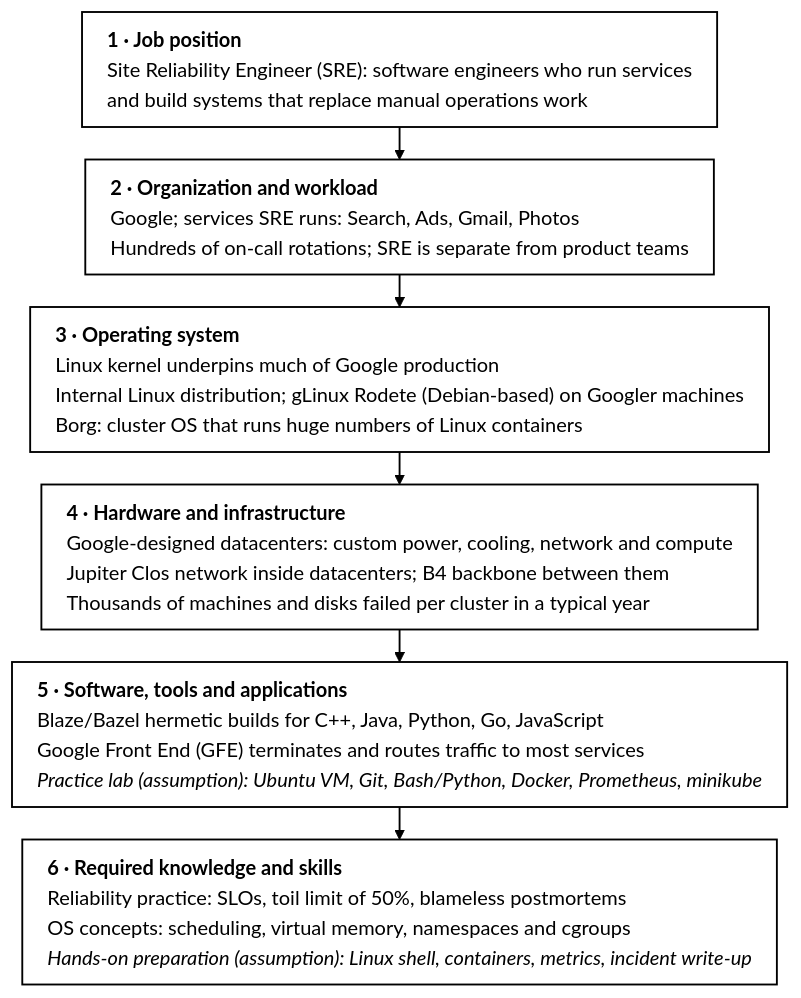
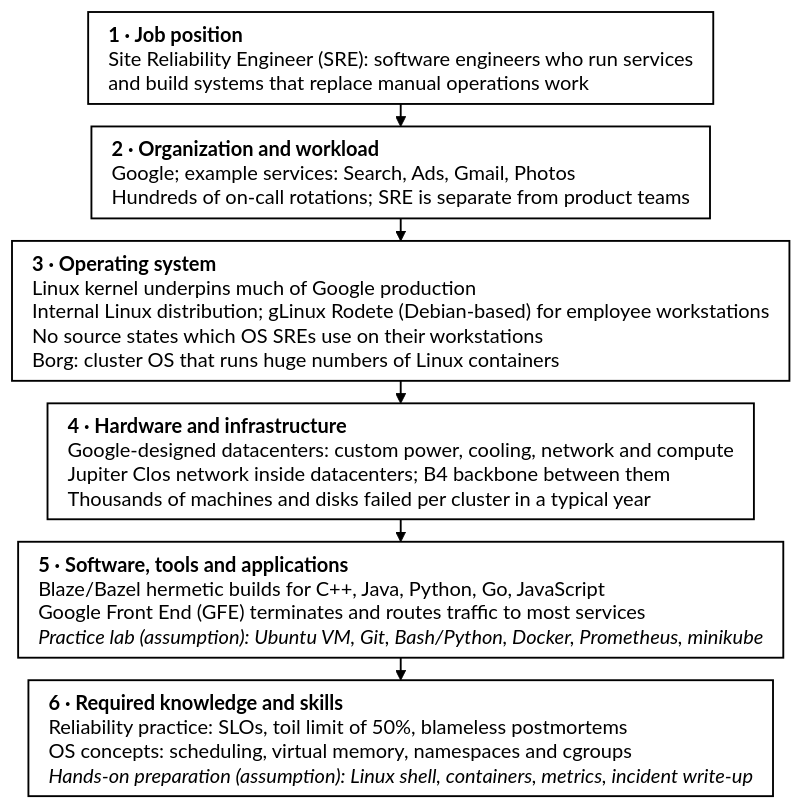
One commit to ilma-org/os-coop-job-research changed the diagram in report/figures/relationship.mmd. Above: the diagram before and after it, drawn with Mermaid. The commit also changed 4 other files, not shown here.

First line of the commit message:
Move Figure 1 after the hands-on plan and make its text larger

```diff
--- a/report/figures/relationship.mmd
+++ b/report/figures/relationship.mmd
@@ -1,20 +1,20 @@
 %% Source of Figure 1. Render: mmdc -i relationship.mmd -o relationship.pdf (see docs/workflow.md).
 %% Claim sources (human-verified unless marked assumption):
 %% 1 01-01 01-03 | 2 12-03 12-04 12-07 12-13 | 3 04-01 04-02 04-05 04-06 04-48
 %% 4 05-01 05-06 05-07 05-09 | 5 07-01 07-02 10-01; assumption 13-05 13-06 | 6 02-08 02-14 02-22 03-15 11-01 11-04 11-16 11-17; assumption 13-12 11-23
-%%{init: {'theme':'neutral','flowchart':{'htmlLabels':true,'nodeSpacing':20,'rankSpacing':26,'padding':10,'wrappingWidth':680}}}%%
+%%{init: {'theme':'neutral','themeVariables':{'fontFamily':'Times New Roman, Times, serif','fontSize':'16px'},'flowchart':{'htmlLabels':true,'nodeSpacing':20,'rankSpacing':18,'padding':8,'wrappingWidth':680}}}%%
 flowchart TB
-  S1["<div style='text-align:left'><b>1 · Job position</b><br/>Site Reliability Engineer (SRE): software engineers who run services<br/>and build systems that replace manual operations work</div>"]
-  S2["<div style='text-align:left'><b>2 · Organization and workload</b><br/>Google; services SRE runs: Search, Ads, Gmail, Photos<br/>Hundreds of on-call rotations; SRE is separate from product teams</div>"]
-  S3["<div style='text-align:left'><b>3 · Operating system</b><br/>Linux kernel underpins much of Google production<br/>Internal Linux distribution; gLinux Rodete (Debian-based) on Googler machines<br/>Borg: cluster OS that runs huge numbers of Linux containers</div>"]
-  S4["<div style='text-align:left'><b>4 · Hardware and infrastructure</b><br/>Google-designed datacenters: custom power, cooling, network and compute<br/>Jupiter Clos network inside datacenters; B4 backbone between them<br/>Thousands of machines and disks failed per cluster in a typical year</div>"]
-  S5["<div style='text-align:left'><b>5 · Software, tools and applications</b><br/>Blaze/Bazel hermetic builds for C++, Java, Python, Go, JavaScript<br/>Google Front End (GFE) terminates and routes traffic to most services<br/><i>Practice lab (assumption): Ubuntu VM, Git, Bash/Python, Docker, Prometheus, minikube</i></div>"]
-  S6["<div style='text-align:left'><b>6 · Required knowledge and skills</b><br/>Reliability practice: SLOs, toil limit of 50%, blameless postmortems<br/>OS concepts: scheduling, virtual memory, namespaces and cgroups<br/><i>Hands-on preparation (assumption): Linux shell, containers, metrics, incident write-up</i></div>"]
+  S1["<div style='text-align:left;line-height:1.2'><b>1 · Job position</b><br/>Site Reliability Engineer (SRE): software engineers who run services<br/>and build systems that replace manual operations work</div>"]
+  S2["<div style='text-align:left;line-height:1.2'><b>2 · Organization and workload</b><br/>Google; example services: Search, Ads, Gmail, Photos<br/>Hundreds of on-call rotations; SRE is separate from product teams</div>"]
+  S3["<div style='text-align:left;line-height:1.2'><b>3 · Operating system</b><br/>Linux kernel underpins much of Google production<br/>Internal Linux distribution; gLinux Rodete (Debian-based) for employee workstations<br/>No source states which OS SREs use on their workstations<br/>Borg: cluster OS that runs huge numbers of Linux containers</div>"]
+  S4["<div style='text-align:left;line-height:1.2'><b>4 · Hardware and infrastructure</b><br/>Google-designed datacenters: custom power, cooling, network and compute<br/>Jupiter Clos network inside datacenters; B4 backbone between them<br/>Thousands of machines and disks failed per cluster in a typical year</div>"]
+  S5["<div style='text-align:left;line-height:1.2'><b>5 · Software, tools and applications</b><br/>Blaze/Bazel hermetic builds for C++, Java, Python, Go, JavaScript<br/>Google Front End (GFE) terminates and routes traffic to most services<br/><i>Practice lab (assumption): Ubuntu VM, Git, Bash/Python, Docker, Prometheus, minikube</i></div>"]
+  S6["<div style='text-align:left;line-height:1.2'><b>6 · Required knowledge and skills</b><br/>Reliability practice: SLOs, toil limit of 50%, blameless postmortems<br/>OS concepts: scheduling, virtual memory, namespaces and cgroups<br/><i>Hands-on preparation (assumption): Linux shell, containers, metrics, incident write-up</i></div>"]
   S1 --> S2
   S2 --> S3
   S3 --> S4
   S4 --> S5
   S5 --> S6
   classDef stage fill:#ffffff,stroke:#000000,stroke-width:1.5px,color:#000000;
   class S1,S2,S3,S4,S5,S6 stage;
   linkStyle default stroke:#000000,stroke-width:1.5px;
```
